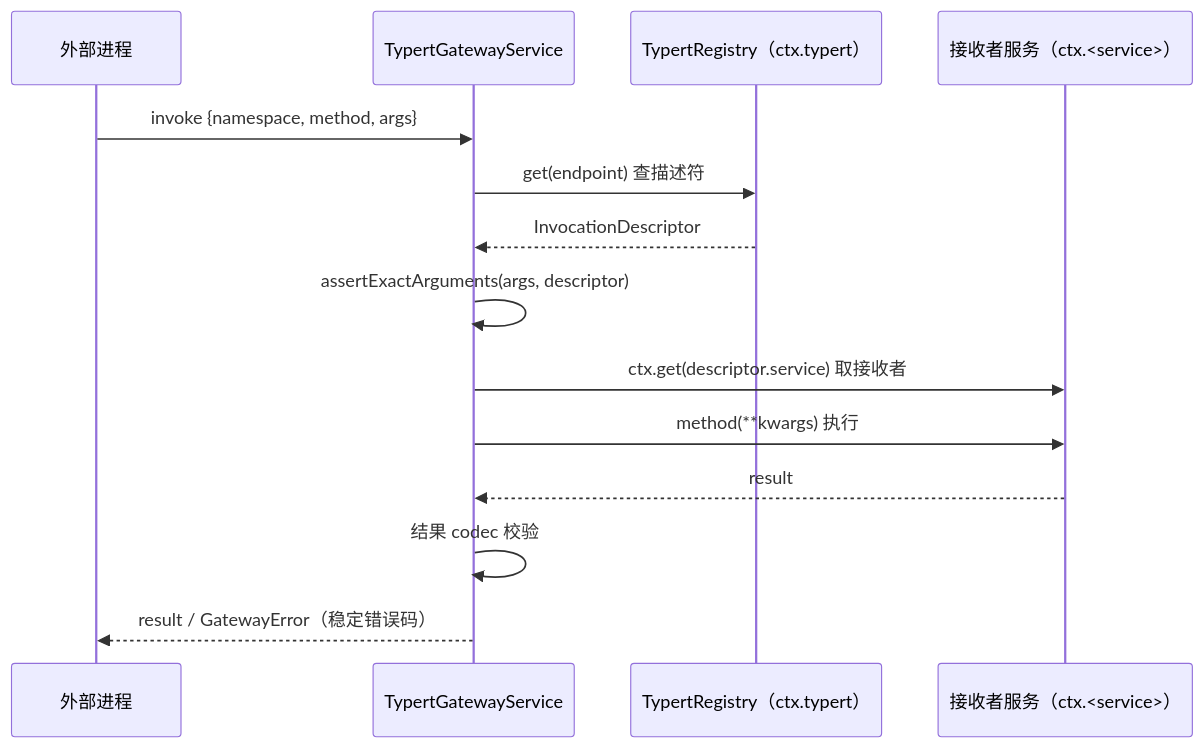
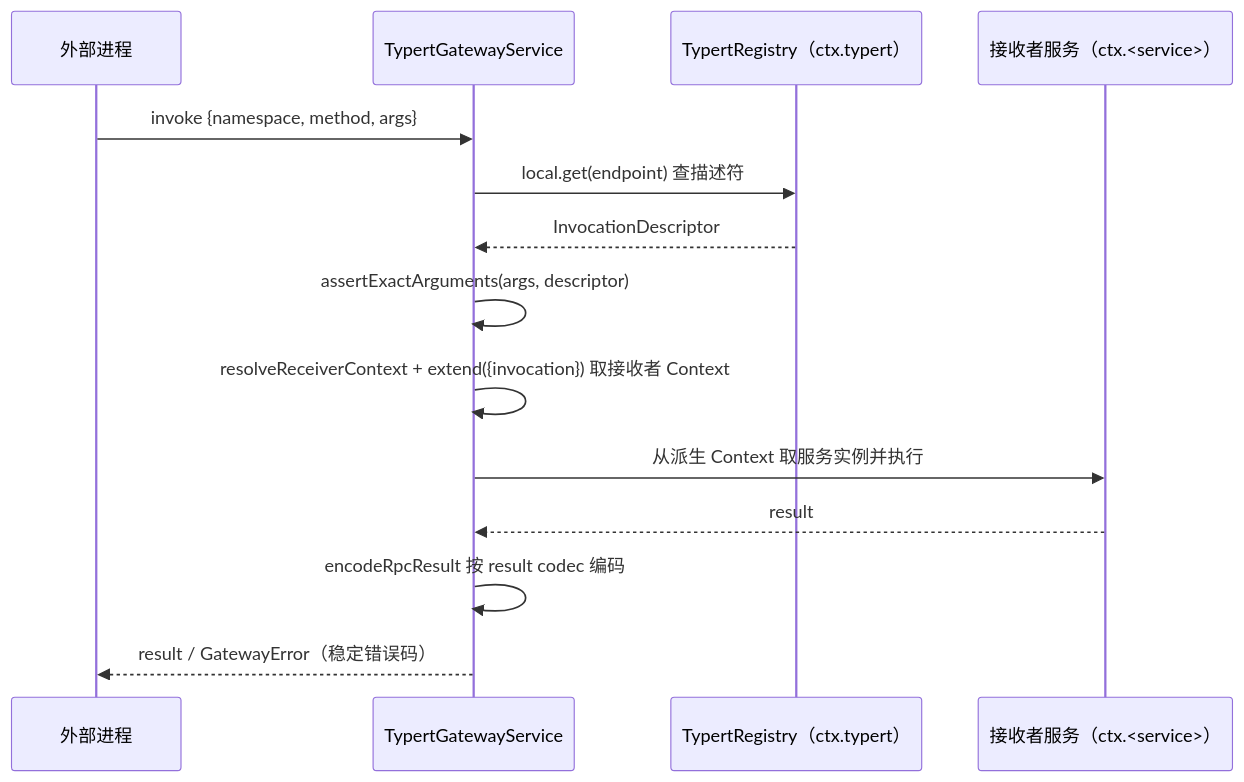
The second of 2 diagrams in ch16/ch16-typert-api-sdk_zh.md (ChenYu1991ppak/deepseek-harness-anatomy), drawn with Mermaid before and after one commit. The commit also changed other lines of this file and 124 other files, not shown here.

````diff
--- a/ch16/ch16-typert-api-sdk_zh.md
+++ b/ch16/ch16-typert-api-sdk_zh.md
@@ -333,16 +350,16 @@
 ```mermaid
 sequenceDiagram
     participant C as 外部进程
     participant G as TypertGatewayService
     participant R as TypertRegistry（ctx.typert）
     participant S as 接收者服务（ctx.<service>）
     C->>G: invoke {namespace, method, args}
-    G->>R: get(endpoint) 查描述符
+    G->>R: local.get(endpoint) 查描述符
     R-->>G: InvocationDescriptor
     G->>G: assertExactArguments(args, descriptor)
-    G->>S: ctx.get(descriptor.service) 取接收者
-    G->>S: method(**kwargs) 执行
+    G->>G: resolveReceiverContext + extend({invocation}) 取接收者 Context
+    G->>S: 从派生 Context 取服务实例并执行
     S-->>G: result
-    G->>G: 结果 codec 校验
+    G->>G: encodeRpcResult 按 result codec 编码
     G-->>C: result / GatewayError（稳定错误码）
 ```
````
